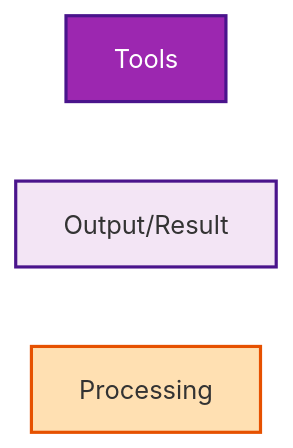
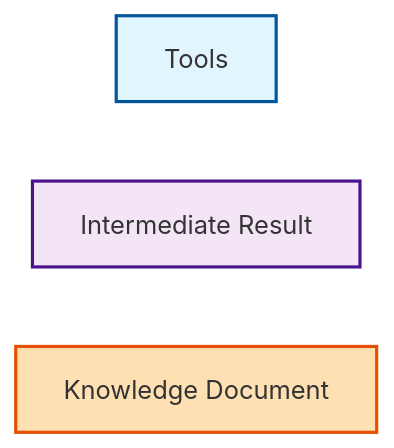
The first of 2 diagrams in Flowchart_Journaling/journaling_process.md (isidore/AIJournaling), drawn with Mermaid before and after one commit. The commit also changed other lines of this file, not shown here.

Commit message:
Step 3 better colors

````diff
--- a/Flowchart_Journaling/journaling_process.md
+++ b/Flowchart_Journaling/journaling_process.md
@@ -4,10 +4,10 @@
 ```mermaid
 graph LR
     A[Tools]:::tools
-    B[Output/Result]:::output
-    C[Processing]:::processing
+    B[Intermediate Result]:::output
+    C[Knowledge Document]:::processing
     
-    classDef tools fill:#9c27b0,stroke:#4a148c,stroke-width:2px,color:#fff
+    classDef tools fill:#e1f5ff,stroke:#01579b,stroke-width:2px
     classDef output fill:#f3e5f5,stroke:#4a148c,stroke-width:2px
     classDef processing fill:#ffe0b2,stroke:#e65100,stroke-width:2px
 ```
````
